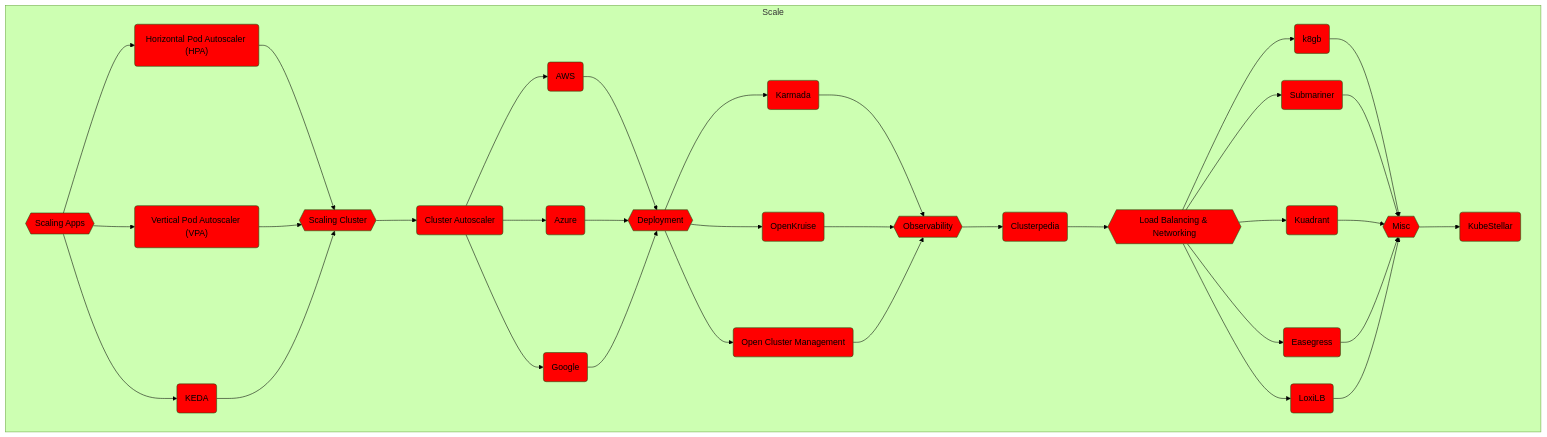
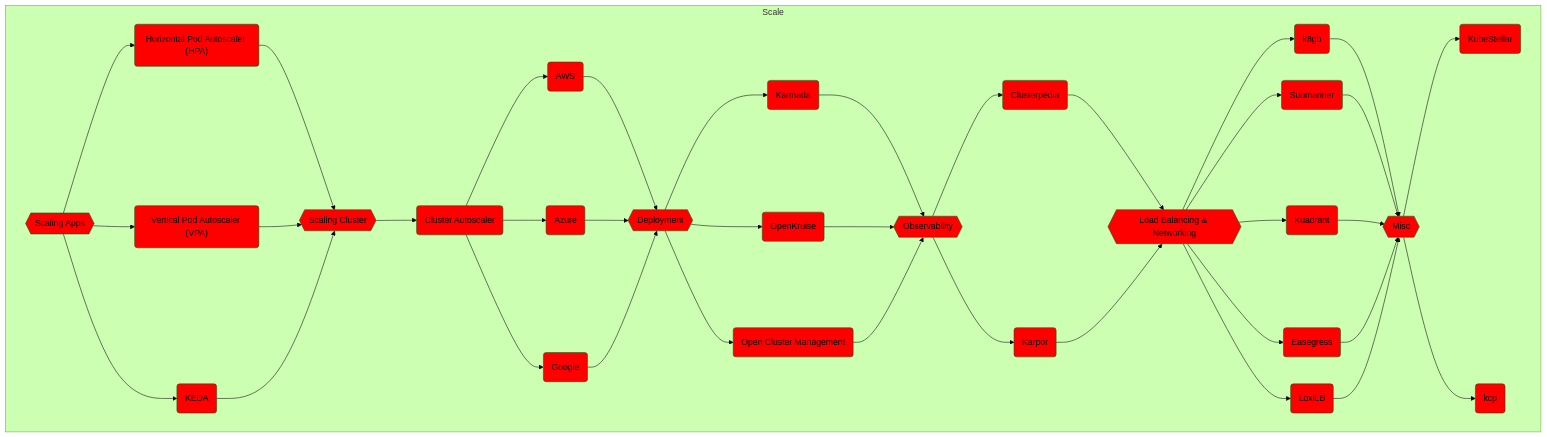
One commit to vfarcic/cncf-demo changed the seventh of 11 diagrams in solution.md. Above: the diagram before and after it, drawn with Mermaid (forest theme).

````diff
--- a/solution.md
+++ b/solution.md
@@ -870,78 +870,82 @@
 ```mermaid
 flowchart TD
 
     subgraph Scale
 
         %% -------------
         %% -- Scaling --
         %% -------------
         scaling{{Scaling Apps}}
         style scaling fill:red
         hpa("Horizontal Pod Autoscaler (HPA)")
         style hpa fill:red
         vpa("Vertical Pod Autoscaler (VPA)")
         style vpa fill:red
         keda(KEDA)
         style keda fill:red
         scaling-cluster{{Scaling Cluster}}
         style scaling-cluster fill:red
         cluster-autoscaler("Cluster Autoscaler")
         style cluster-autoscaler fill:red
         cluster-autoscaler-aws(AWS)
         style cluster-autoscaler-aws fill:red
         cluster-autoscaler-azure(Azure)
         style cluster-autoscaler-azure fill:red
         cluster-autoscaler-google(Google)
         style cluster-autoscaler-google fill:red
         scaling --> hpa & vpa & keda --> scaling-cluster --> cluster-autoscaler --> cluster-autoscaler-aws & cluster-autoscaler-azure & cluster-autoscaler-google --> deployment-mc
 
         %% ------------------------------
         %% -- Multi-Cluster Deployment --
         %% ------------------------------
         deployment-mc{{Deployment}}
         style deployment-mc fill:red
         deployment-mc-karmada(Karmada)
         style deployment-mc-karmada fill:red
         open-kruise(OpenKruise)
         style open-kruise fill:red
         ocm(Open Cluster Management)
         style ocm fill:red
         deployment-mc --> deployment-mc-karmada & open-kruise & ocm --> observability
 
         %% -------------------
         %% -- Observability --
         %% -------------------
         observability{{Observability}}
         style observability fill:red
         clusterpedia(Clusterpedia)
         style clusterpedia fill:red
-        observability --> clusterpedia --> lb-mc
+        karpor(Karpor)
+        style karpor fill:red
+        observability --> clusterpedia & karpor --> lb-mc
 
         %% ---------------------------------
         %% -- Load Balancing & Networking --
         %% ---------------------------------
         lb-mc{{Load Balancing & Networking}}
         style lb-mc fill:red
         lb-mc-k8gb(k8gb)
         style lb-mc-k8gb fill:red
         lb-mc-submariner(Submariner)
         style lb-mc-submariner fill:red
         kuadrant(Kuadrant)
         style kuadrant fill:red
         easegress(Easegress)
         style easegress fill:red
         loxi-lb(LoxiLB)
         style loxi-lb fill:red
         lb-mc --> lb-mc-k8gb & lb-mc-submariner & kuadrant & easegress & loxi-lb --> misc
 
         %% ----------
         %% -- Misc --
         %% ----------
         misc{{Misc}}
         style misc fill:red
         kube-stellar(KubeStellar)
         style kube-stellar fill:red
-        misc --> kube-stellar
+        kcp(kcp)
+        style kcp fill:red
+        misc --> kube-stellar & kcp
 
     end
 ```
````
